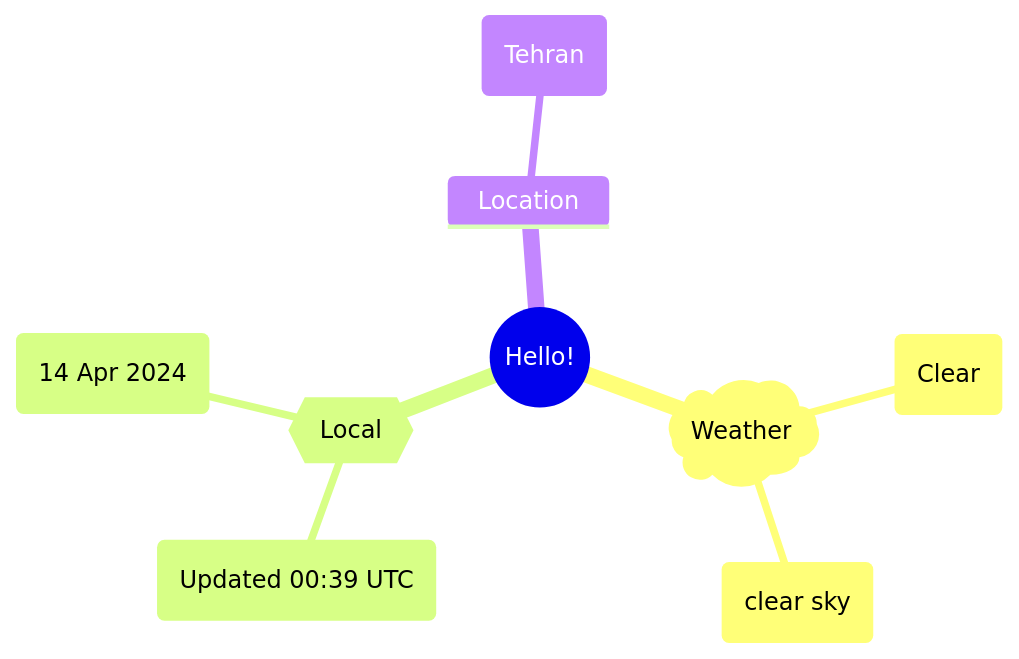
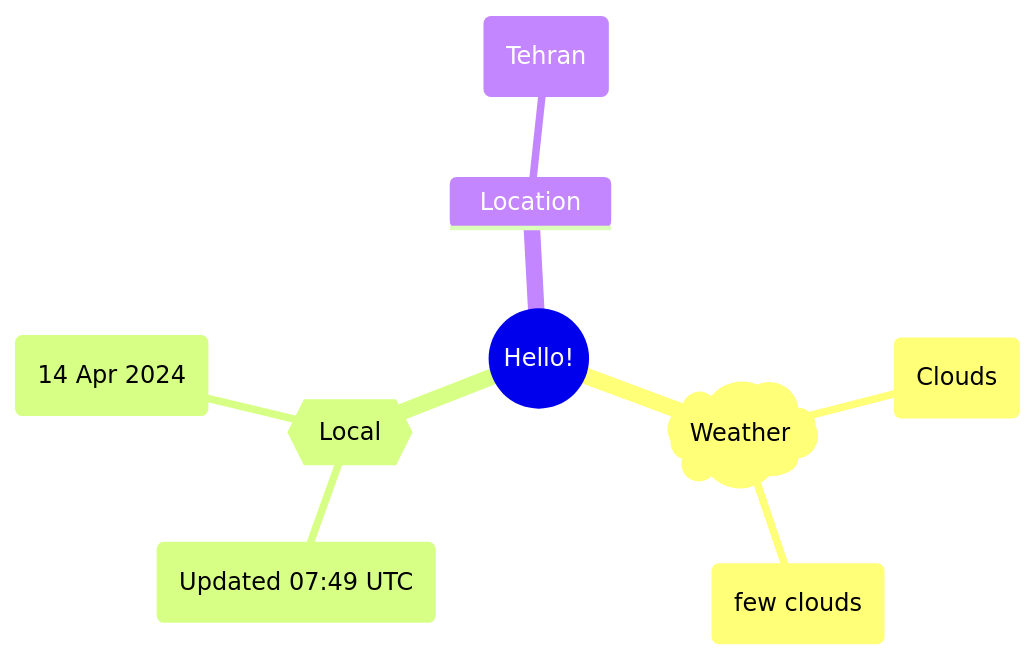
The first of 2 diagrams in README.md (Xosrov/Xosrov), drawn with Mermaid before and after one commit.

Commit message:
[bot] updated images

````diff
--- a/README.md
+++ b/README.md
@@ -3,12 +3,12 @@
 ```mermaid
 mindmap
   root((Hello!))
     )Weather(
-        (Clear)
-        (clear sky)
+        (Clouds)
+        (few clouds)
     {{Local}}
-        (Updated 00:39 UTC)
+        (Updated 07:49 UTC)
         (14 Apr 2024)
     Location
         (Tehran)
 ```
````
